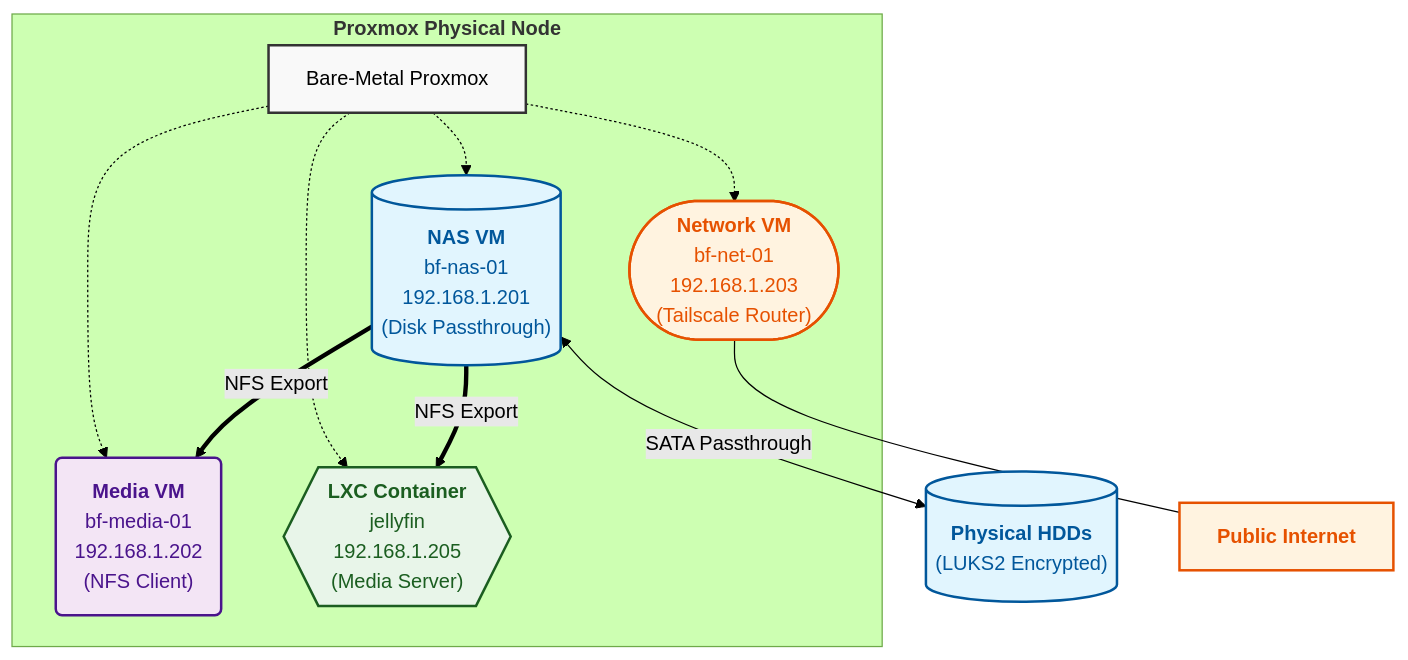
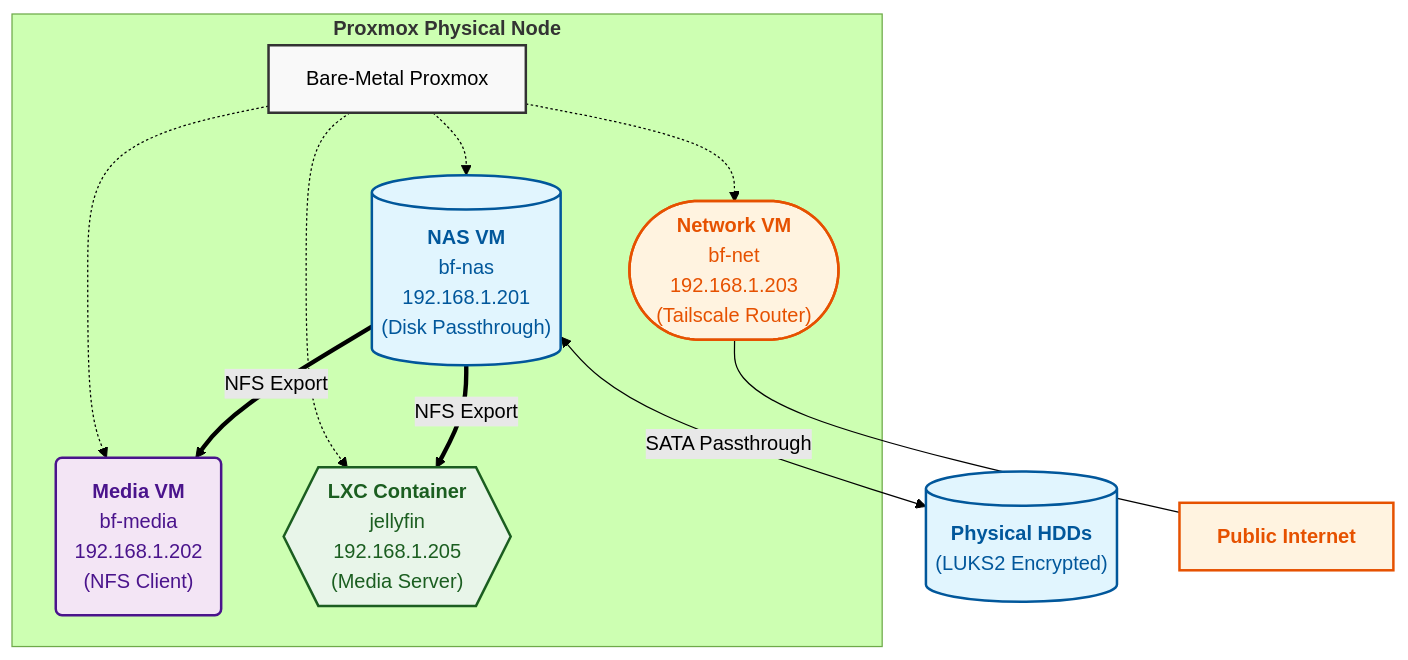
Before and after one commit to lbesnard/ansible_laptop: the first of 2 diagrams in INFRA_OVERVIEW.md, drawn with Mermaid (forest theme). The commit also changed other lines of this file and 8 other files, not shown here.

````diff
--- a/INFRA_OVERVIEW.md
+++ b/INFRA_OVERVIEW.md
@@ -161,56 +161,56 @@
 ```mermaid
 flowchart TB
     %% --- Subgraph Styling ---
     subgraph Proxmox_Host ["`**Proxmox Physical Node**`"]
       PH["`Bare-Metal Proxmox`"]
       
       %% Networking Node (Stadium Shape)
       NET(["`**Network VM**
-      bf-net-01
+      bf-net
       192.168.1.203
       (Tailscale Router)`"])
       
       %% Storage Node (Cylinder Shape)
       NAS[("`**NAS VM**
-      bf-nas-01
+      bf-nas
       192.168.1.201
       (Disk Passthrough)`")]
       
       %% Computation Node (Rounded)
       MEDIA("`**Media VM**
-      bf-media-01
+      bf-media
       192.168.1.202
       (NFS Client)`")
       
       %% Container Node (Hexagon Shape)
       LXC{{"`**LXC Container**
       jellyfin
       192.168.1.205
       (Media Server)`"}}
     end
 
     %% --- Connections ---
     PH -.-> NET & NAS & MEDIA & LXC
     
     NAS ==>|NFS Export| MEDIA
     NAS ==>|NFS Export| LXC
     
     HDD[("`**Physical HDDs**
     (LUKS2 Encrypted)`")]
     
     NAS <-->|SATA Passthrough| HDD
     NET --- Internet["`**Public Internet**`"]
 
     %% --- Class Assignments (The "Nicer" part) ---
     classDef host fill:#f9f9f9,stroke:#333,stroke-width:2px,color:#000;
     classDef storage fill:#e1f5fe,stroke:#01579b,stroke-width:2px,color:#01579b;
     classDef network fill:#fff3e0,stroke:#e65100,stroke-width:2px,color:#e65100;
     classDef compute fill:#f3e5f5,stroke:#4a148c,stroke-width:2px,color:#4a148c;
     classDef container fill:#e8f5e9,stroke:#1b5e20,stroke-width:2px,color:#1b5e20;
 
     class PH host;
     class NAS,HDD storage;
     class NET,Internet network;
     class MEDIA compute;
     class LXC container;
 ```
````
